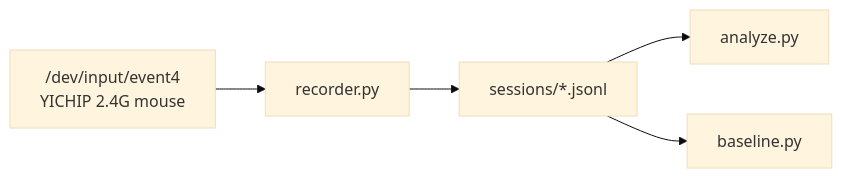
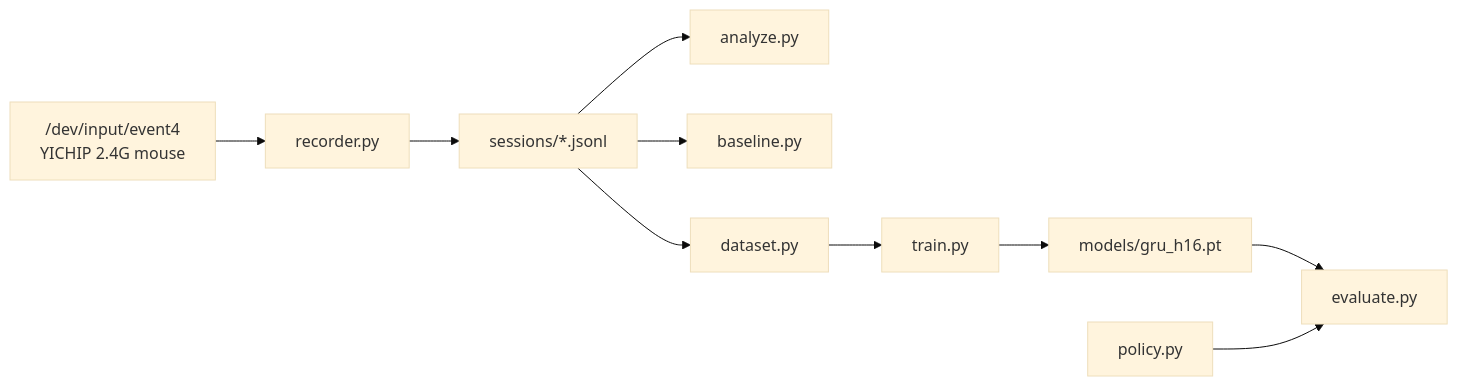
The diagram in WIKI.md (fufulog/mouse-scroll-fixer), drawn with Mermaid (base theme) before and after one commit. The commit also changed other lines of this file, not shown here.

````diff
--- a/WIKI.md
+++ b/WIKI.md
@@ -9,7 +9,10 @@
 ```mermaid
 flowchart LR
   dev["/dev/input/event4<br/>YICHIP 2.4G mouse"] --> rec[recorder.py]
   rec --> ses["sessions/*.jsonl"]
   ses --> ana[analyze.py]
   ses --> base[baseline.py]
+  ses --> ds[dataset.py] --> tr[train.py] --> m["models/gru_h16.pt"]
+  m --> ev[evaluate.py]
+  pol[policy.py] --> ev
 ```
````
